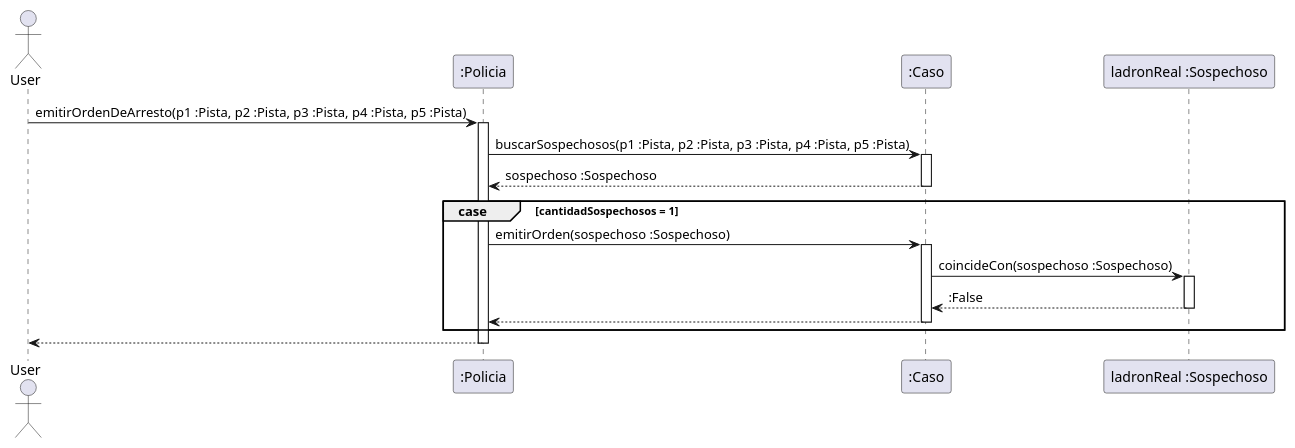
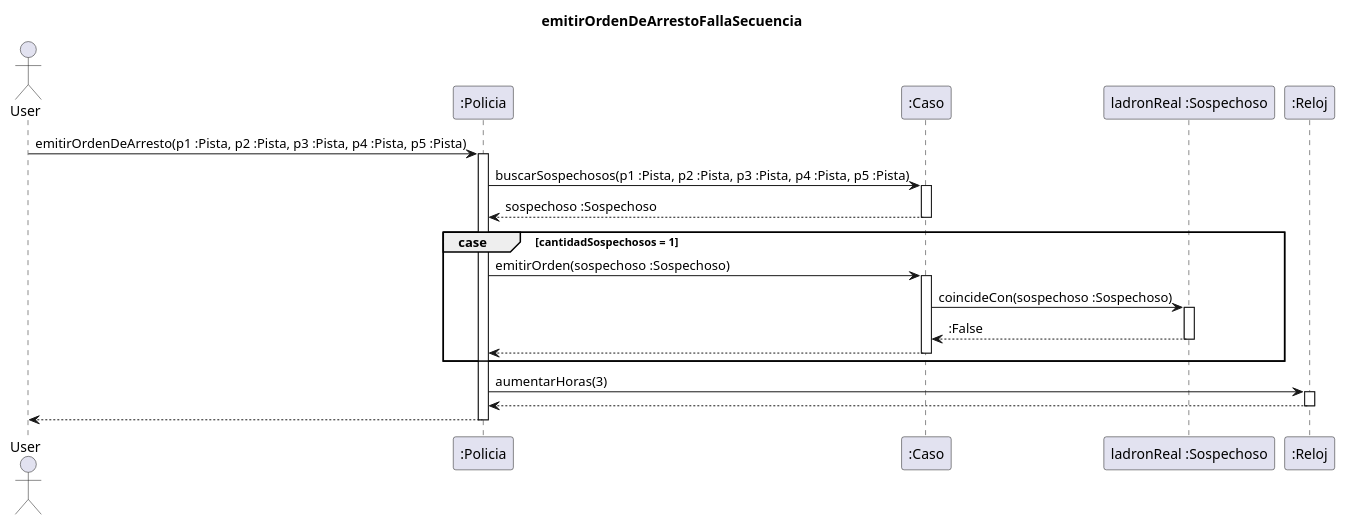
One commit to Nicolas-Bravo/algo3_tp2 changed the diagram in diagrams/sequences/emitirOrdenDeArrestoFallaSecuencia.plantuml. Above: the diagram before and after it, drawn with PlantUML. The commit also changed 5 other files, not shown here.

Commit message:
diagramas orden de arresto

```diff
--- a/diagrams/sequences/emitirOrdenDeArrestoFallaSecuencia.plantuml
+++ b/diagrams/sequences/emitirOrdenDeArrestoFallaSecuencia.plantuml
@@ -1,33 +1,41 @@
 @startuml
+
+title emitirOrdenDeArrestoFallaSecuencia
 
 Actor User
 
 User -> ":Policia" : emitirOrdenDeArresto(p1 :Pista, p2 :Pista, p3 :Pista, p4 :Pista, p5 :Pista)
 Activate ":Policia"
 
 ":Policia" -> ":Caso" : buscarSospechosos(p1 :Pista, p2 :Pista, p3 :Pista, p4 :Pista, p5 :Pista)
 activate ":Caso"
 
 ":Caso" --> ":Policia" : sospechoso :Sospechoso
 deactivate ":Caso"
 
 group case [cantidadSospechosos = 1]
 
     ":Policia" -> ":Caso" : emitirOrden(sospechoso :Sospechoso)
     activate ":Caso"
 
     ":Caso" -> "ladronReal :Sospechoso" : coincideCon(sospechoso :Sospechoso)
     activate "ladronReal :Sospechoso"
 
     "ladronReal :Sospechoso" --> ":Caso" : :False
     deactivate "ladronReal :Sospechoso"
 
     ":Caso" --> ":Policia"
     deactivate ":Caso"
 
 end
 
+":Policia" -> ":Reloj" : aumentarHoras(3)
+activate ":Reloj"
+
+":Reloj" --> ":Policia"
+deactivate ":Reloj"
+
 ":Policia" --> User
 deactivate ":Policia"
 
 @enduml
```
